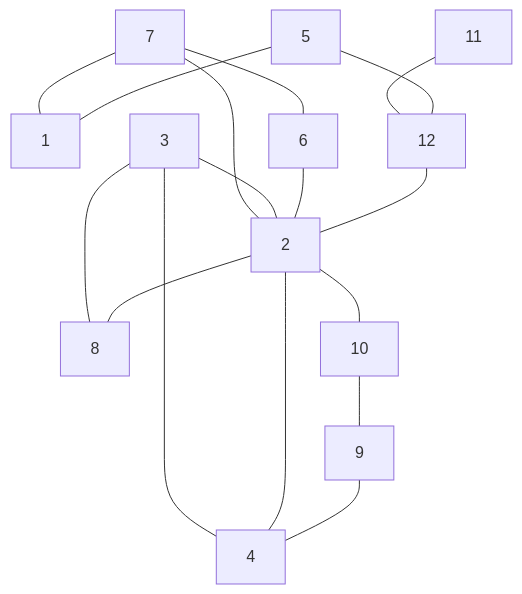
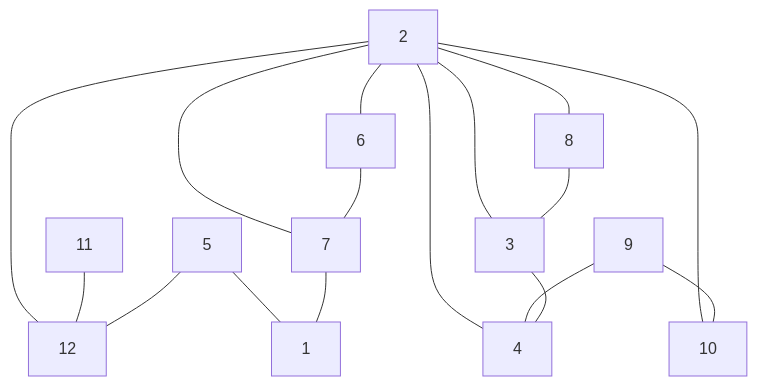
The diagram in README.md (antononcube/Raku-Graph), drawn with Mermaid before and after one commit. The commit also changed other lines of this file and 1 other file, not shown here.

Commit message:
docs:Marked TODOs.

````diff
--- a/README.md
+++ b/README.md
@@ -146,19 +146,19 @@
 ```mermaid
 graph TD
+2 --- 6
+2 --- 4
+2 --- 10
+2 --- 8
+2 --- 12
+2 --- 3
+2 --- 7
 11 --- 12
+6 --- 7
+5 --- 1
+5 --- 12
 7 --- 1
-7 --- 6
-7 --- 2
-3 --- 2
+9 --- 10
+9 --- 4
+8 --- 3
 3 --- 4
-3 --- 8
-5 --- 12
-5 --- 1
-6 --- 2
-12 --- 2
-2 --- 10
-2 --- 4
-2 --- 8
-10 --- 9
-9 --- 4
 ```
````
